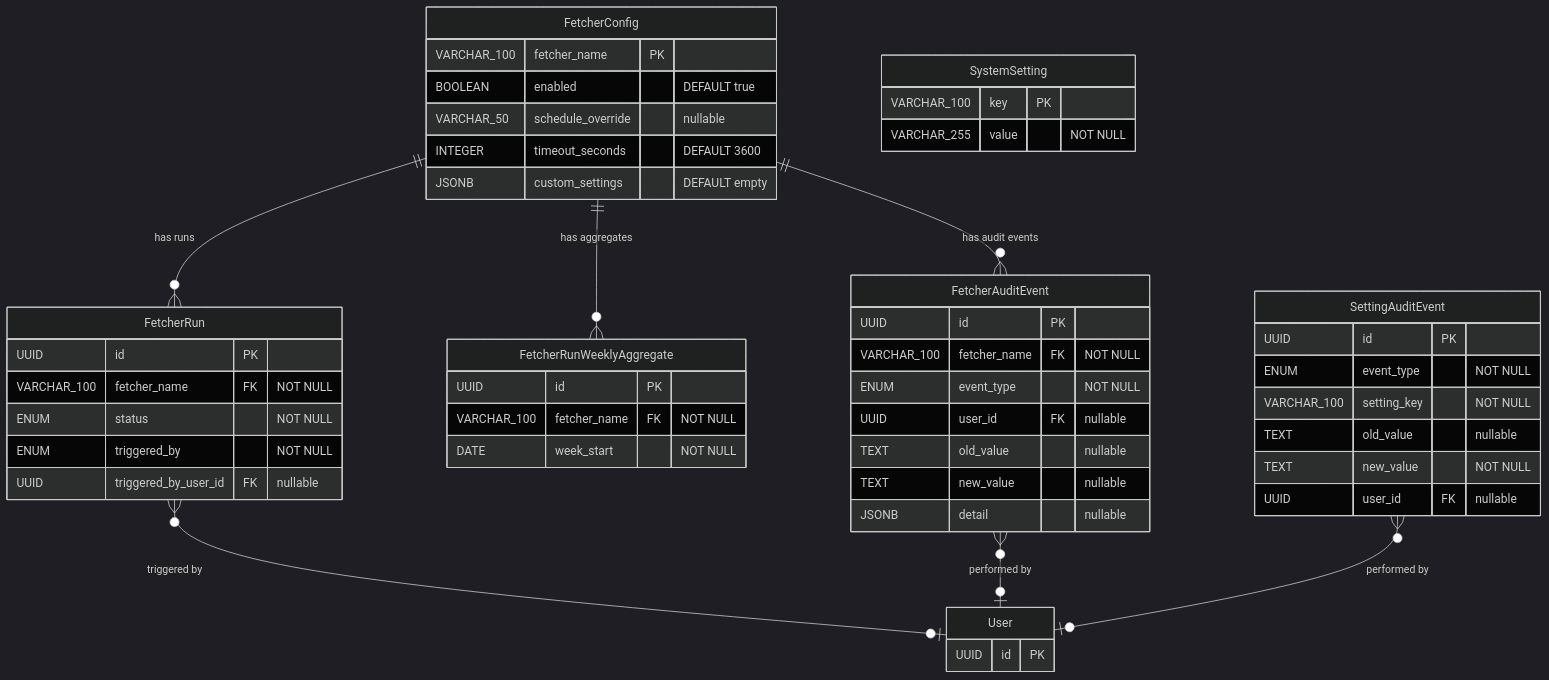
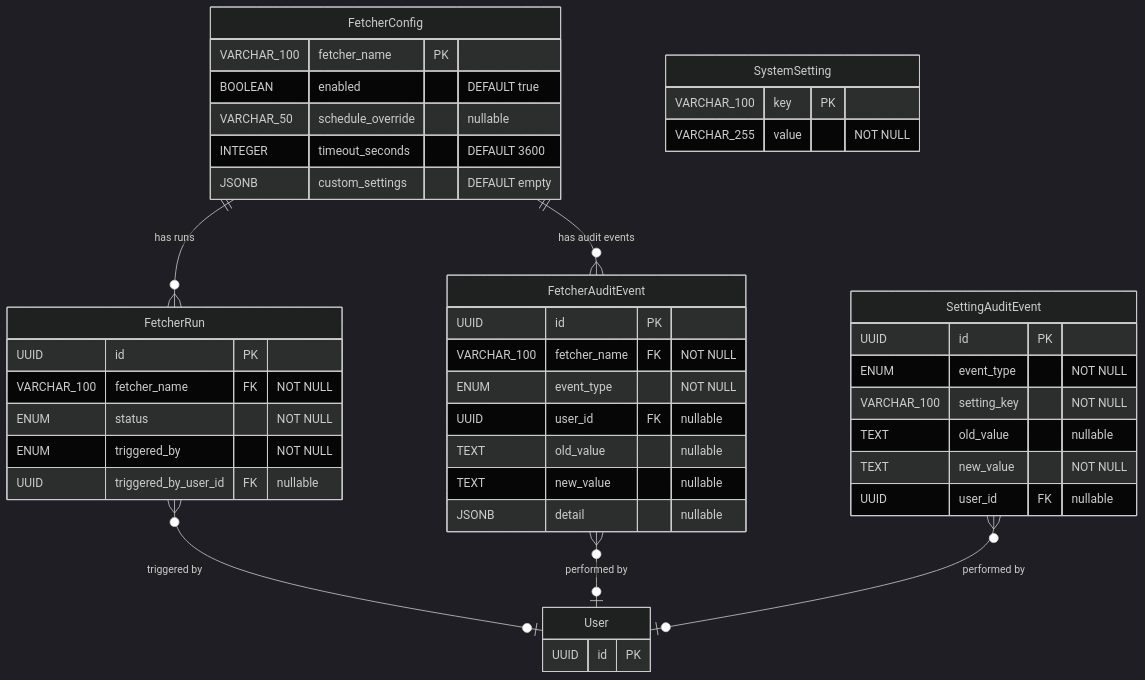
The fifth of 6 diagrams in docs/data-model.md (StayPirate/STAMP), drawn with Mermaid (dark theme) before and after one commit. The commit also changed other lines of this file and 7 other files, not shown here.

First line of the commit message:
docs: remove FetcherRunWeeklyAggregate and aggregate_fetcher_runs

````diff
--- a/docs/data-model.md
+++ b/docs/data-model.md
@@ -316,53 +316,47 @@
 ```mermaid
 erDiagram
     FetcherConfig {
         VARCHAR_100 fetcher_name PK
         BOOLEAN enabled "DEFAULT true"
         VARCHAR_50 schedule_override "nullable"
         INTEGER timeout_seconds "DEFAULT 3600"
         JSONB custom_settings "DEFAULT empty"
     }
     FetcherRun {
         UUID id PK
         VARCHAR_100 fetcher_name FK "NOT NULL"
         ENUM status "NOT NULL"
         ENUM triggered_by "NOT NULL"
         UUID triggered_by_user_id FK "nullable"
-    }
-    FetcherRunWeeklyAggregate {
-        UUID id PK
-        VARCHAR_100 fetcher_name FK "NOT NULL"
-        DATE week_start "NOT NULL"
     }
     FetcherAuditEvent {
         UUID id PK
         VARCHAR_100 fetcher_name FK "NOT NULL"
         ENUM event_type "NOT NULL"
         UUID user_id FK "nullable"
         TEXT old_value "nullable"
         TEXT new_value "nullable"
         JSONB detail "nullable"
     }
     SystemSetting {
         VARCHAR_100 key PK
         VARCHAR_255 value "NOT NULL"
     }
     SettingAuditEvent {
         UUID id PK
         ENUM event_type "NOT NULL"
         VARCHAR_100 setting_key "NOT NULL"
         TEXT old_value "nullable"
         TEXT new_value "NOT NULL"
         UUID user_id FK "nullable"
     }
     User {
         UUID id PK
     }
 
     FetcherConfig ||--o{ FetcherRun : "has runs"
     FetcherConfig ||--o{ FetcherAuditEvent : "has audit events"
-    FetcherConfig ||--o{ FetcherRunWeeklyAggregate : "has aggregates"
     FetcherRun }o--o| User : "triggered by"
     FetcherAuditEvent }o--o| User : "performed by"
     SettingAuditEvent }o--o| User : "performed by"
 ```
````
